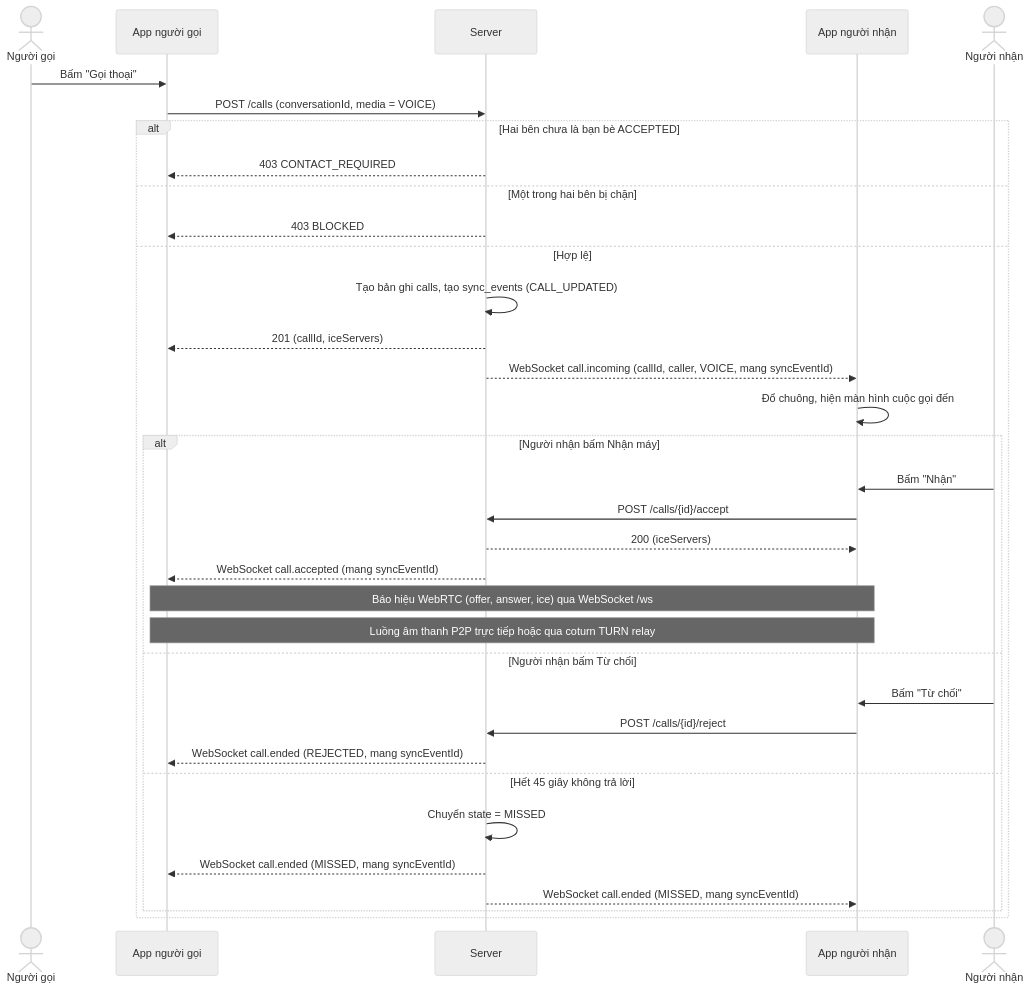
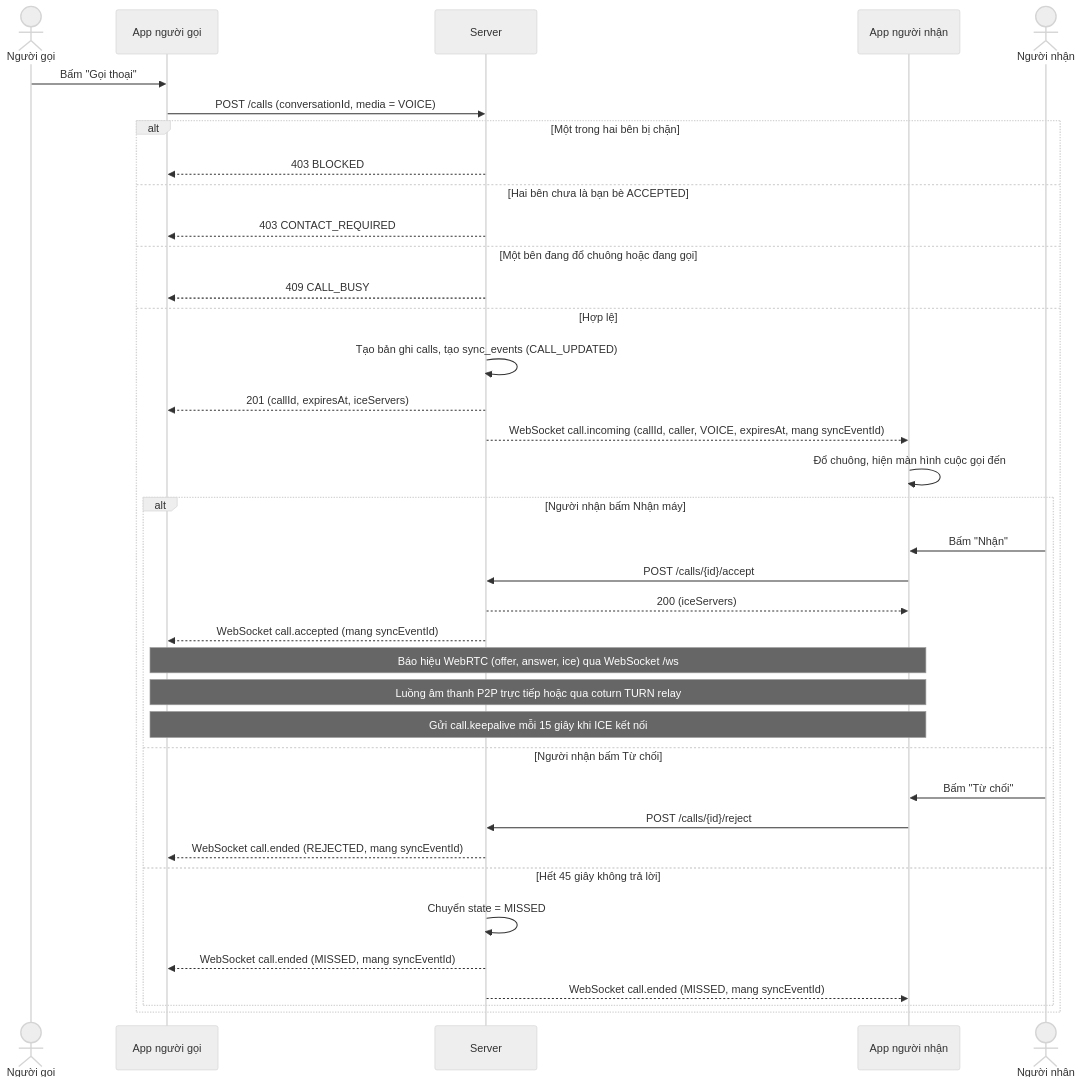
The ninth of 10 diagrams in docs/FLOWS.md (Project-Mobile-TEAM/Project_Mobile), drawn with Mermaid (neutral theme) before and after one commit. The commit also changed other lines of this file and 16 other files, not shown here.

````diff
--- a/docs/FLOWS.md
+++ b/docs/FLOWS.md
@@ -365,36 +365,39 @@
 ```mermaid
 sequenceDiagram
     actor C as Người gọi
     participant CA as App người gọi
     participant S as Server
     participant EA as App người nhận
     actor E as Người nhận
     C->>CA: Bấm "Gọi thoại"
     CA->>S: POST /calls (conversationId, media = VOICE)
-    alt Hai bên chưa là bạn bè ACCEPTED
+    alt Một trong hai bên bị chặn
+        S-->>CA: 403 BLOCKED
+    else Hai bên chưa là bạn bè ACCEPTED
         S-->>CA: 403 CONTACT_REQUIRED
-    else Một trong hai bên bị chặn
-        S-->>CA: 403 BLOCKED
+    else Một bên đang đổ chuông hoặc đang gọi
+        S-->>CA: 409 CALL_BUSY
     else Hợp lệ
         S->>S: Tạo bản ghi calls, tạo sync_events (CALL_UPDATED)
-        S-->>CA: 201 (callId, iceServers)
-        S-->>EA: WebSocket call.incoming (callId, caller, VOICE, mang syncEventId)
+        S-->>CA: 201 (callId, expiresAt, iceServers)
+        S-->>EA: WebSocket call.incoming (callId, caller, VOICE, expiresAt, mang syncEventId)
         EA->>EA: Đổ chuông, hiện màn hình cuộc gọi đến
         alt Người nhận bấm Nhận máy
             E->>EA: Bấm "Nhận"
             EA->>S: POST /calls/{id}/accept
             S-->>EA: 200 (iceServers)
             S-->>CA: WebSocket call.accepted (mang syncEventId)
             Note over CA,EA: Báo hiệu WebRTC (offer, answer, ice) qua WebSocket /ws
             Note over CA,EA: Luồng âm thanh P2P trực tiếp hoặc qua coturn TURN relay
+            Note over CA,EA: Gửi call.keepalive mỗi 15 giây khi ICE kết nối
         else Người nhận bấm Từ chối
             E->>EA: Bấm "Từ chối"
             EA->>S: POST /calls/{id}/reject
             S-->>CA: WebSocket call.ended (REJECTED, mang syncEventId)
         else Hết 45 giây không trả lời
             S->>S: Chuyển state = MISSED
             S-->>CA: WebSocket call.ended (MISSED, mang syncEventId)
             S-->>EA: WebSocket call.ended (MISSED, mang syncEventId)
         end
     end
 ```
````
